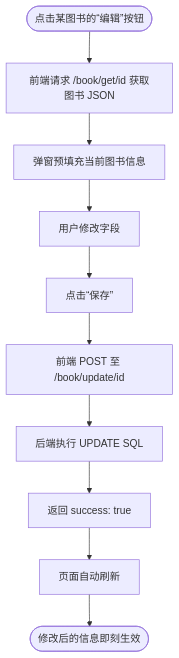
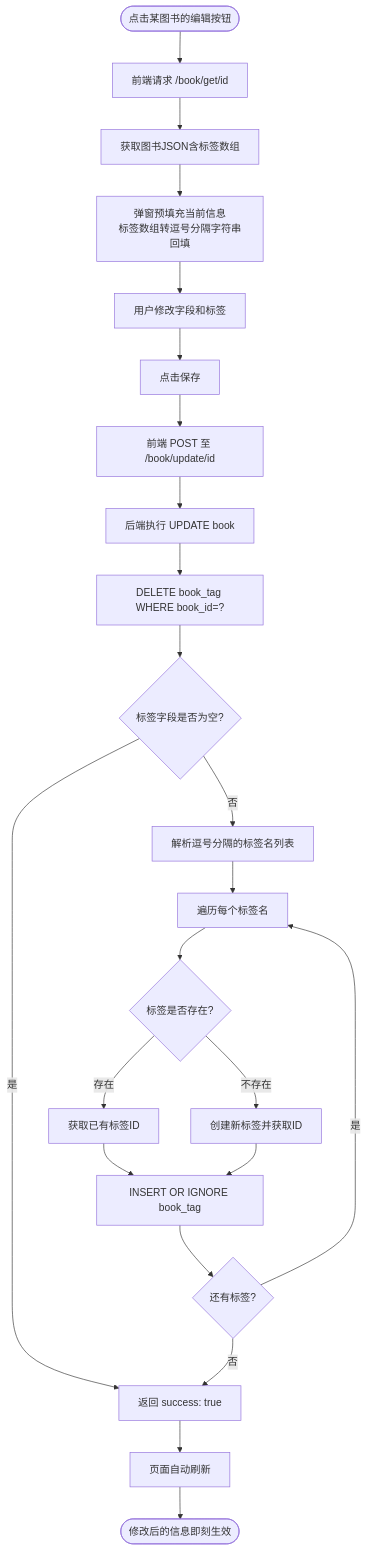
One commit to immortal-water/iw_book_manager changed the third of 12 diagrams in docs/requirements/业务流程图.md. Above: the diagram before and after it, drawn with Mermaid. The commit also changed other lines of this file and 4 other files, not shown here.

````diff
--- a/docs/requirements/业务流程图.md
+++ b/docs/requirements/业务流程图.md
@@ -64,12 +98,25 @@
 ```mermaid
 flowchart TD
-    Start([点击某图书的“编辑”按钮]) --> GetBook[前端请求 /book/get/id 获取图书 JSON]
-    GetBook --> FillModal[弹窗预填充当前图书信息]
-    FillModal --> Modify[用户修改字段]
-    Modify --> Submit[点击“保存”]
+    Start([点击某图书的编辑按钮]) --> GetBook[前端请求 /book/get/id]
+    GetBook --> GetTags[获取图书JSON含标签数组]
+    GetTags --> FillModal[弹窗预填充当前信息<br/>标签数组转逗号分隔字符串回填]
+    FillModal --> Modify[用户修改字段和标签]
+    Modify --> Submit[点击保存]
     Submit --> Ajax[前端 POST 至 /book/update/id]
-    Ajax --> Backend[后端执行 UPDATE SQL]
-    Backend --> Success[返回 success: true]
+    Ajax --> UpdateBook[后端执行 UPDATE book]
+    UpdateBook --> DeleteOldTags[DELETE book_tag WHERE book_id=?]
+    DeleteOldTags --> HasTags{标签字段是否为空?}
+    HasTags -->|是| Success[返回 success: true]
+    HasTags -->|否| ParseTags[解析逗号分隔的标签名列表]
+    ParseTags --> ForEach[遍历每个标签名]
+    ForEach --> FindTag{标签是否存在?}
+    FindTag -->|存在| GetTagId[获取已有标签ID]
+    FindTag -->|不存在| CreateTag[创建新标签并获取ID]
+    GetTagId --> InsertRelation[INSERT OR IGNORE book_tag]
+    CreateTag --> InsertRelation
+    InsertRelation --> MoreTags{还有标签?}
+    MoreTags -->|是| ForEach
+    MoreTags -->|否| Success
     Success --> Reload[页面自动刷新]
     Reload --> End([修改后的信息即刻生效])
 ```
````
